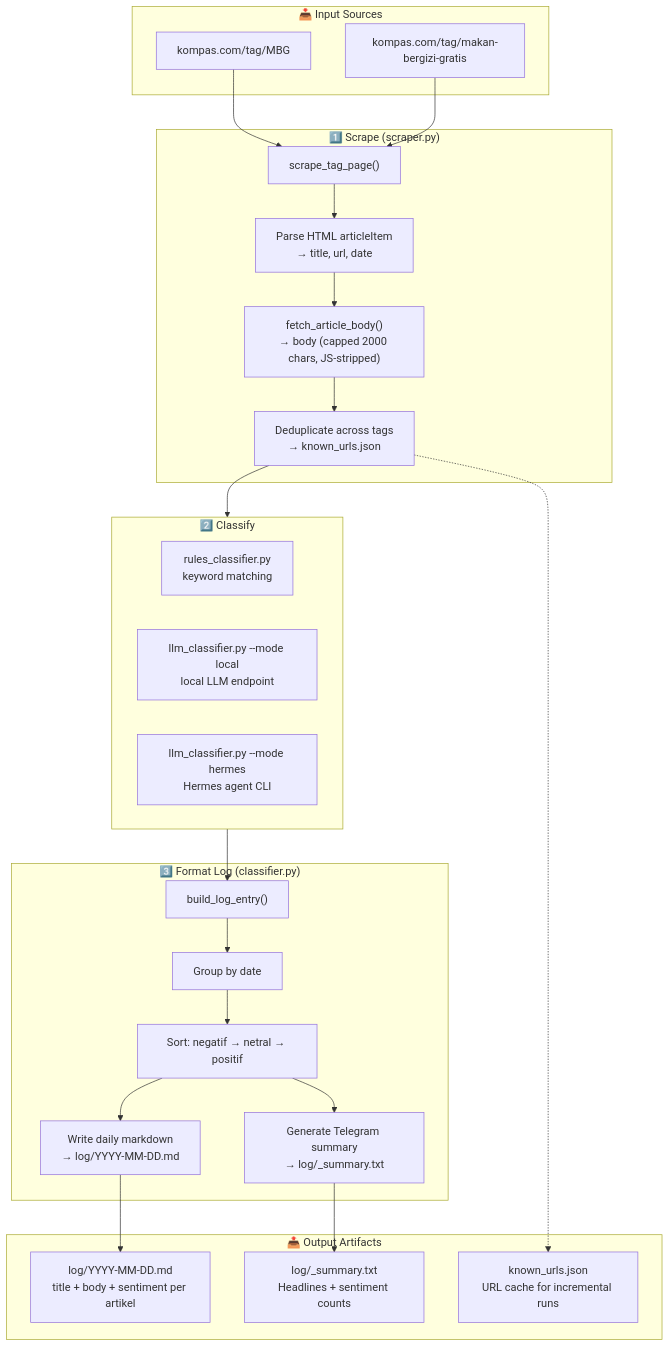
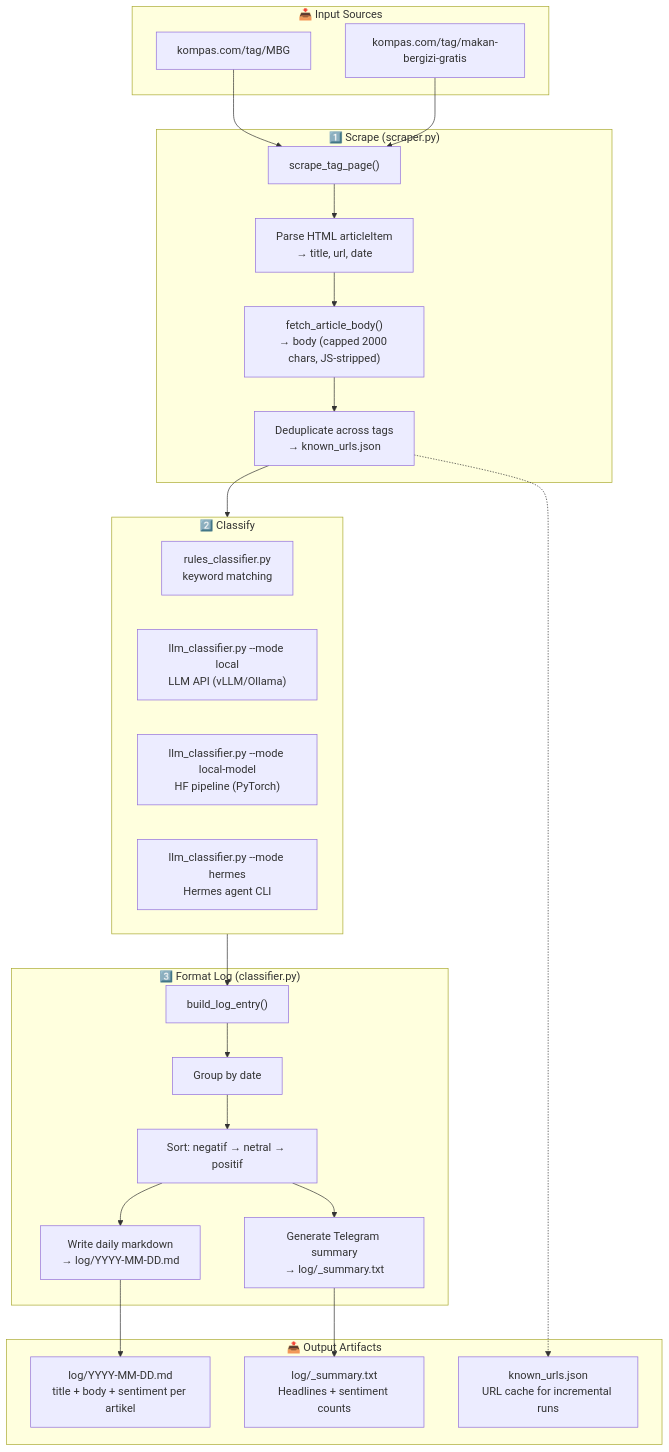
One commit to DaruNamus/Scrapping-MBG-Kompas changed the diagram in README.md. Above: the diagram before and after it, drawn with Mermaid. The commit also changed other lines of this file, not shown here.

Commit message:
Update README: add local-model mode, 4 classifier modes, HF pipeline config, updated diagram

````diff
--- a/README.md
+++ b/README.md
@@ -14,50 +15,51 @@
 ```mermaid
 graph TD
     subgraph Input["📥 Input Sources"]
         A1["kompas.com/tag/MBG"]
         A2["kompas.com/tag/makan-bergizi-gratis"]
     end
 
     subgraph Step1["1️⃣ Scrape (scraper.py)"]
         B["scrape_tag_page()"]
         B1["Parse HTML articleItem<br>→ title, url, date"]
         B2["fetch_article_body()<br>→ body (capped 2000 chars, JS-stripped)"]
         B3["Deduplicate across tags<br>→ known_urls.json"]
         B --> B1
         B1 --> B2
         B2 --> B3
     end
 
     subgraph Step2["2️⃣ Classify"]
         direction LR
-        C1["rules_classifier.py<br>keyword matching"]:::branch
-        C2["llm_classifier.py --mode local<br>local LLM endpoint"]:::branch
-        C3["llm_classifier.py --mode hermes<br>Hermes agent CLI"]:::branch
+        C1["rules_classifier.py<br>keyword matching"]
+        C2["llm_classifier.py --mode local<br>LLM API (vLLM/Ollama)"]
+        C3["llm_classifier.py --mode local-model<br>HF pipeline (PyTorch)"]
+        C4["llm_classifier.py --mode hermes<br>Hermes agent CLI"]
     end
 
     subgraph Step3["3️⃣ Format Log (classifier.py)"]
         D["build_log_entry()"]
         D1["Group by date"]
         D2["Sort: negatif → netral → positif"]
         D3["Write daily markdown<br>→ log/YYYY-MM-DD.md"]
         D4["Generate Telegram summary<br>→ log/_summary.txt"]
         D --> D1
         D1 --> D2
         D2 --> D3
         D2 --> D4
     end
 
     subgraph Output["📤 Output Artifacts"]
         E1["log/YYYY-MM-DD.md<br>title + body + sentiment per artikel"]
         E2["log/_summary.txt<br>Headlines + sentiment counts"]
         E3["known_urls.json<br>URL cache for incremental runs"]
     end
 
     A1 --> B
     A2 --> B
     B3 --> Step2
     Step2 --> D
     D3 --> E1
     D4 --> E2
     B3 -.-> E3
 ```
````
